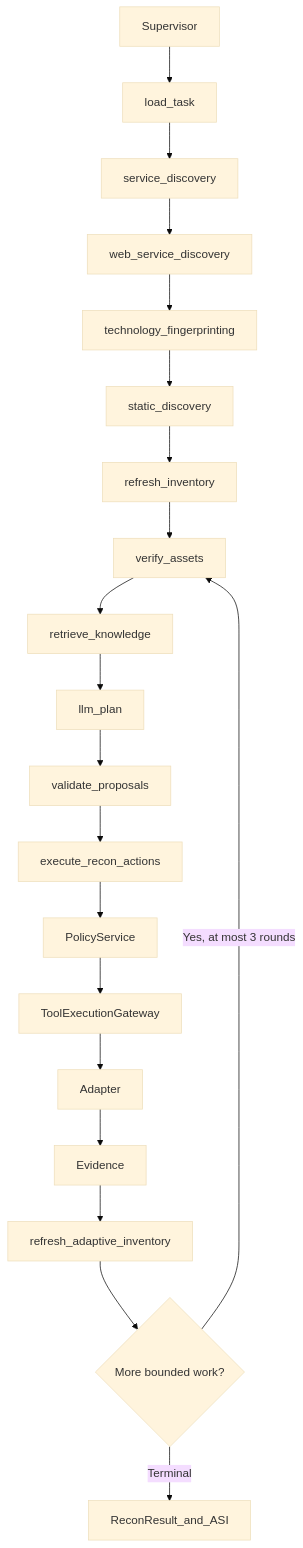
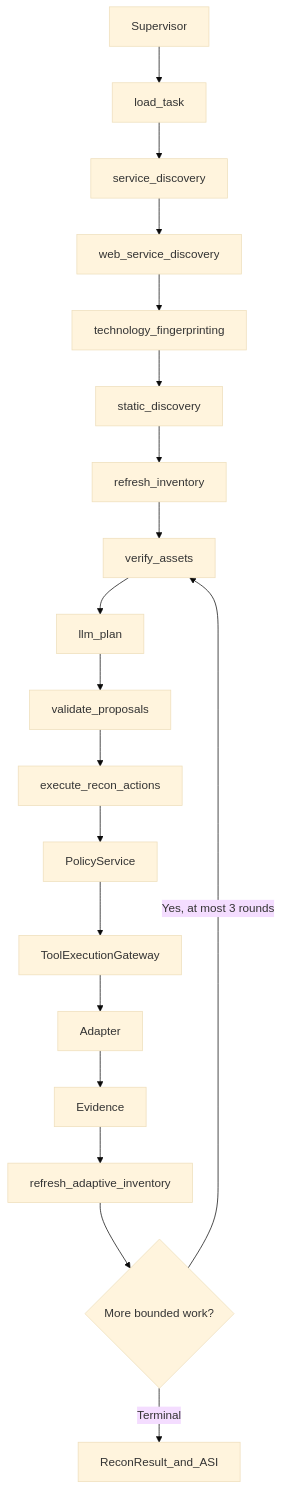
Before and after one commit to htungf211004/Agent_recon: the diagram in docs/recon-bounded-adaptive.md, drawn with Mermaid (base theme). The commit also changed other lines of this file and 24 other files, not shown here.

````diff
--- a/docs/recon-bounded-adaptive.md
+++ b/docs/recon-bounded-adaptive.md
@@ -14,22 +14,21 @@
 ```mermaid
 flowchart TD
   Supervisor --> load_task
   load_task --> service_discovery
   service_discovery --> web_service_discovery
   web_service_discovery --> technology_fingerprinting
   technology_fingerprinting --> static_discovery
   static_discovery --> refresh_inventory
   refresh_inventory --> verify_assets
-  verify_assets --> retrieve_knowledge
-  retrieve_knowledge --> llm_plan
+  verify_assets --> llm_plan
   llm_plan --> validate_proposals
   validate_proposals --> execute_recon_actions
   execute_recon_actions --> PolicyService
   PolicyService --> ToolExecutionGateway
   ToolExecutionGateway --> Adapter
   Adapter --> Evidence
   Evidence --> refresh_adaptive_inventory
   refresh_adaptive_inventory --> should_continue{More bounded work?}
   should_continue -->|Yes, at most 3 rounds| verify_assets
   should_continue -->|Terminal| ReconResult_and_ASI
 ```
````
